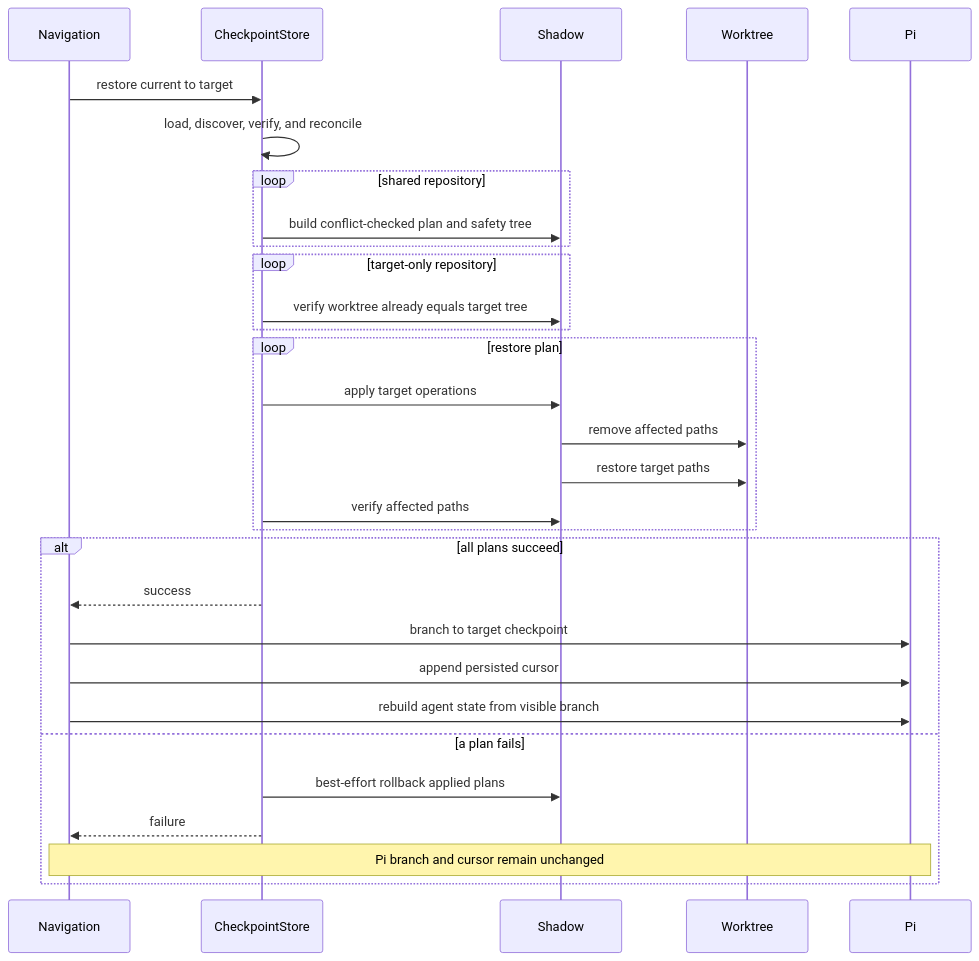
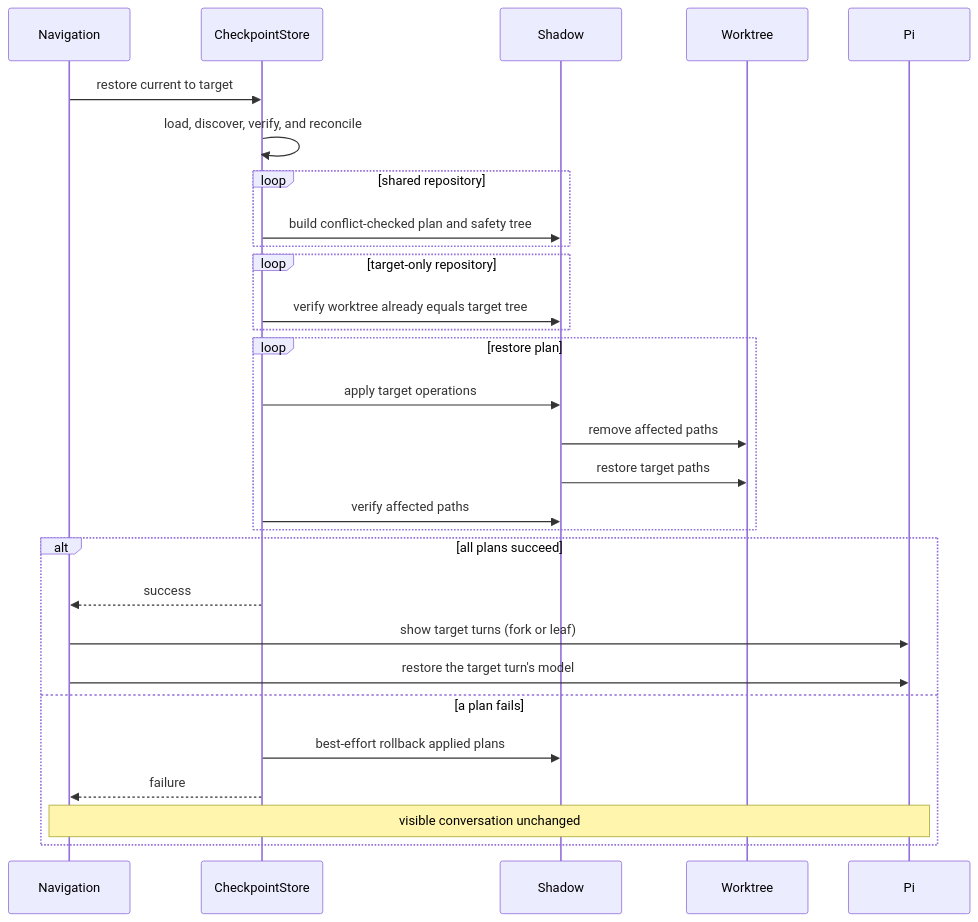
The sixth of 6 diagrams in docs/internal/checkpoint-system.md (mattiacerutti/supernova), drawn with Mermaid before and after one commit. The commit also changed other lines of this file and 81 other files, not shown here.

````diff
--- a/docs/internal/checkpoint-system.md
+++ b/docs/internal/checkpoint-system.md
@@ -407,33 +394,32 @@
 ```mermaid
 sequenceDiagram
   participant Nav as Navigation
   participant Store as CheckpointStore
   participant Shadow
   participant Worktree
   participant Pi
 
   Nav->>Store: restore current to target
   Store->>Store: load, discover, verify, and reconcile
   loop shared repository
     Store->>Shadow: build conflict-checked plan and safety tree
   end
   loop target-only repository
     Store->>Shadow: verify worktree already equals target tree
   end
   loop restore plan
     Store->>Shadow: apply target operations
     Shadow->>Worktree: remove affected paths
     Shadow->>Worktree: restore target paths
     Store->>Shadow: verify affected paths
   end
   alt all plans succeed
     Store-->>Nav: success
-    Nav->>Pi: branch to target checkpoint
-    Nav->>Pi: append persisted cursor
-    Nav->>Pi: rebuild agent state from visible branch
+    Nav->>Pi: show target turns (fork or leaf)
+    Nav->>Pi: restore the target turn's model
   else a plan fails
     Store->>Shadow: best-effort rollback applied plans
     Store-->>Nav: failure
-    Note over Nav,Pi: Pi branch and cursor remain unchanged
+    Note over Nav,Pi: visible conversation unchanged
   end
 ```
````
